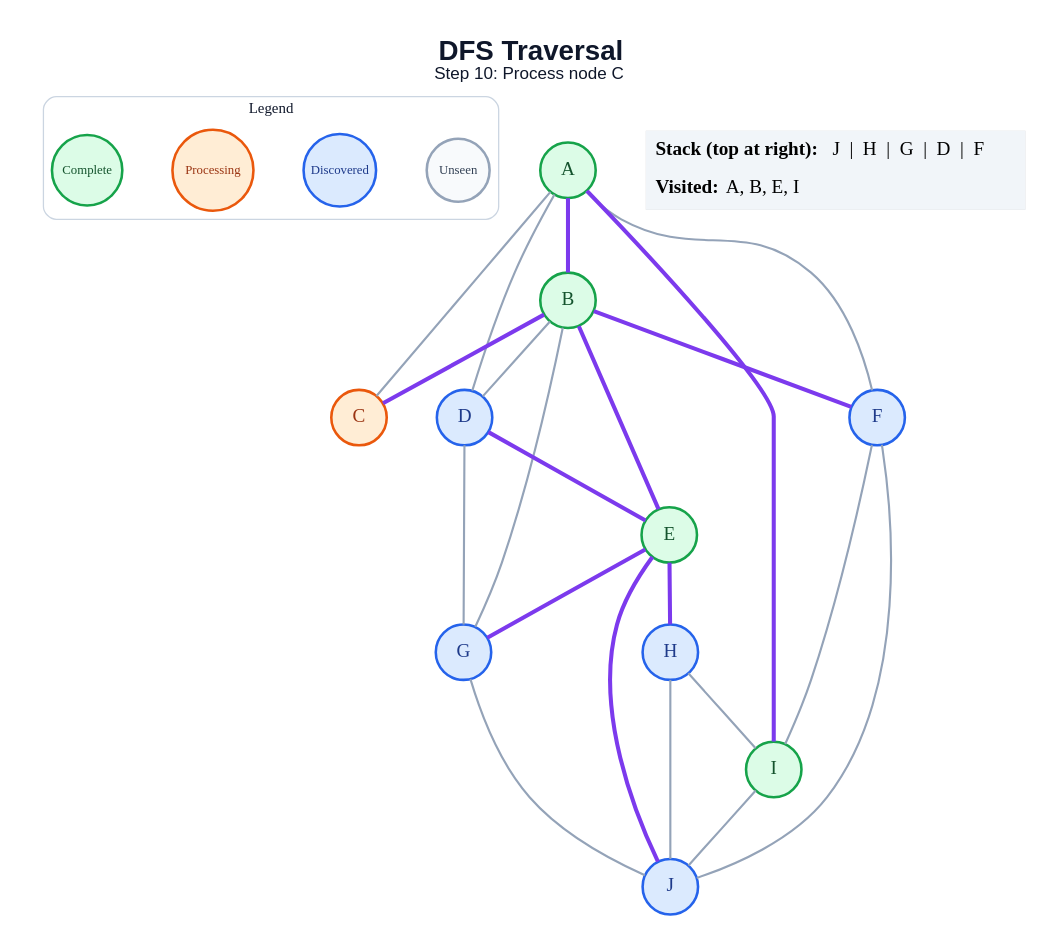
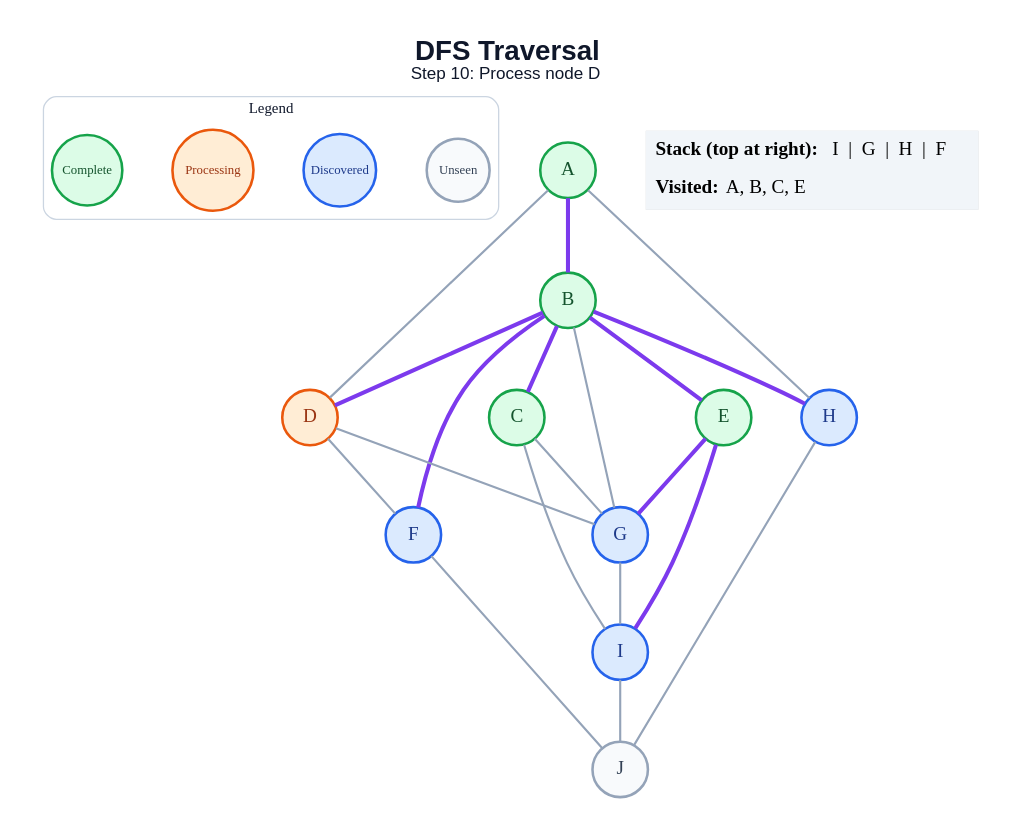
Before and after one commit to amanghodawala9/ai-slop: the diagram in generated/specific-node/dfs/step_10.dot, drawn with Graphviz. The commit also changed 178 other files, not shown here.

```diff
--- a/generated/specific-node/dfs/step_10.dot
+++ b/generated/specific-node/dfs/step_10.dot
@@ -1,50 +1,48 @@
 graph traversal {
   graph [layout=dot, rankdir=TB, bgcolor="#FFFFFF", pad="0.35", nodesep="0.65", ranksep="0.8", fontname="Arial"];
   node [shape=circle, style="filled", fontname="Arial Bold", fontsize=18, width=0.72, fixedsize=true, penwidth=2.4];
   edge [color="#94A3B8", penwidth=2.0];
-  label=<<B>DFS Traversal</B><BR/><FONT POINT-SIZE="16">Step 10: Process node C</FONT>>; labelloc="t"; fontsize=26; fontname="Arial"; fontcolor="#0F172A";
+  label=<<B>DFS Traversal</B><BR/><FONT POINT-SIZE="16">Step 10: Process node D</FONT>>; labelloc="t"; fontsize=26; fontname="Arial"; fontcolor="#0F172A";
   subgraph cluster_legend { label="Legend"; color="#CBD5E1"; penwidth=1.2; style="rounded"; fontsize=14; fontname="Arial Bold";
     key_unseen [label="Unseen", fillcolor="#F8FAFC", color="#94A3B8", fontcolor="#334155", fontsize=12, width=0.82];
     key_frontier [label="Discovered", fillcolor="#DBEAFE", color="#2563EB", fontcolor="#1E3A8A", fontsize=12, width=0.95];
     key_current [label="Processing", fillcolor="#FFEDD5", color="#EA580C", fontcolor="#9A3412", fontsize=12, width=1.05];
     key_done [label="Complete", fillcolor="#DCFCE7", color="#16A34A", fontcolor="#14532D", fontsize=12, width=0.92];
     { rank=same; key_unseen; key_frontier; key_current; key_done; }
   }
   A [fillcolor="#DCFCE7", color="#16A34A", fontcolor="#14532D"];
   B [fillcolor="#DCFCE7", color="#16A34A", fontcolor="#14532D"];
-  C [fillcolor="#FFEDD5", color="#EA580C", fontcolor="#9A3412"];
-  D [fillcolor="#DBEAFE", color="#2563EB", fontcolor="#1E3A8A"];
+  C [fillcolor="#DCFCE7", color="#16A34A", fontcolor="#14532D"];
+  D [fillcolor="#FFEDD5", color="#EA580C", fontcolor="#9A3412"];
   E [fillcolor="#DCFCE7", color="#16A34A", fontcolor="#14532D"];
   F [fillcolor="#DBEAFE", color="#2563EB", fontcolor="#1E3A8A"];
   G [fillcolor="#DBEAFE", color="#2563EB", fontcolor="#1E3A8A"];
   H [fillcolor="#DBEAFE", color="#2563EB", fontcolor="#1E3A8A"];
-  I [fillcolor="#DCFCE7", color="#16A34A", fontcolor="#14532D"];
-  J [fillcolor="#DBEAFE", color="#2563EB", fontcolor="#1E3A8A"];
+  I [fillcolor="#DBEAFE", color="#2563EB", fontcolor="#1E3A8A"];
+  J [fillcolor="#F8FAFC", color="#94A3B8", fontcolor="#334155"];
   A -- B [color="#7C3AED", penwidth=3.8];
-  A -- C;
   A -- D;
-  A -- F;
-  A -- I [color="#7C3AED", penwidth=3.8];
+  A -- H;
   B -- C [color="#7C3AED", penwidth=3.8];
-  B -- D;
+  B -- D [color="#7C3AED", penwidth=3.8];
   B -- E [color="#7C3AED", penwidth=3.8];
   B -- F [color="#7C3AED", penwidth=3.8];
   B -- G;
-  D -- E [color="#7C3AED", penwidth=3.8];
+  B -- H [color="#7C3AED", penwidth=3.8];
+  C -- G;
+  C -- I;
+  D -- F;
   D -- G;
   E -- G [color="#7C3AED", penwidth=3.8];
-  E -- H [color="#7C3AED", penwidth=3.8];
-  E -- J [color="#7C3AED", penwidth=3.8];
-  F -- I;
+  E -- I [color="#7C3AED", penwidth=3.8];
   F -- J;
-  G -- J;
-  H -- I;
+  G -- I;
   H -- J;
   I -- J;
   status [shape=plain, fixedsize=false, width=0, height=0, margin=0, label=<
     <TABLE BORDER="0" CELLBORDER="0" CELLPADDING="7" BGCOLOR="#F1F5F9">
-      <TR><TD ALIGN="LEFT"><B>Stack (top at right):</B> J  |  H  |  G  |  D  |  F</TD></TR>
-      <TR><TD ALIGN="LEFT"><B>Visited:</B> A, B, E, I</TD></TR>
+      <TR><TD ALIGN="LEFT"><B>Stack (top at right):</B> I  |  G  |  H  |  F</TD></TR>
+      <TR><TD ALIGN="LEFT"><B>Visited:</B> A, B, C, E</TD></TR>
     </TABLE>
   >];
 }
```
